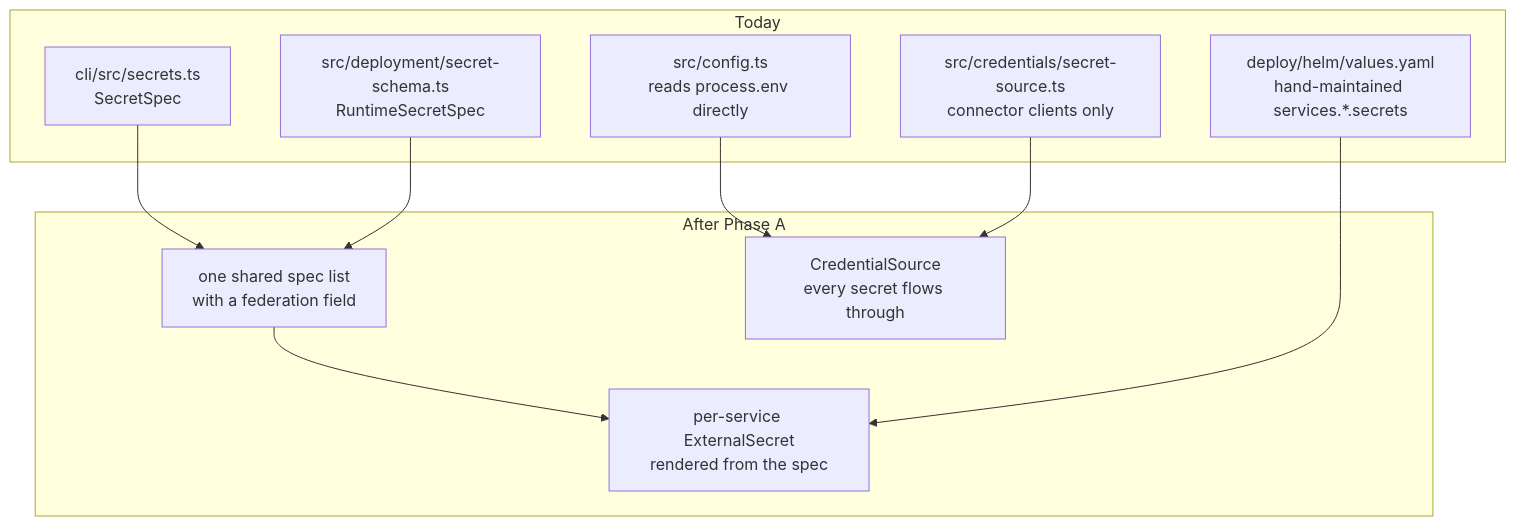
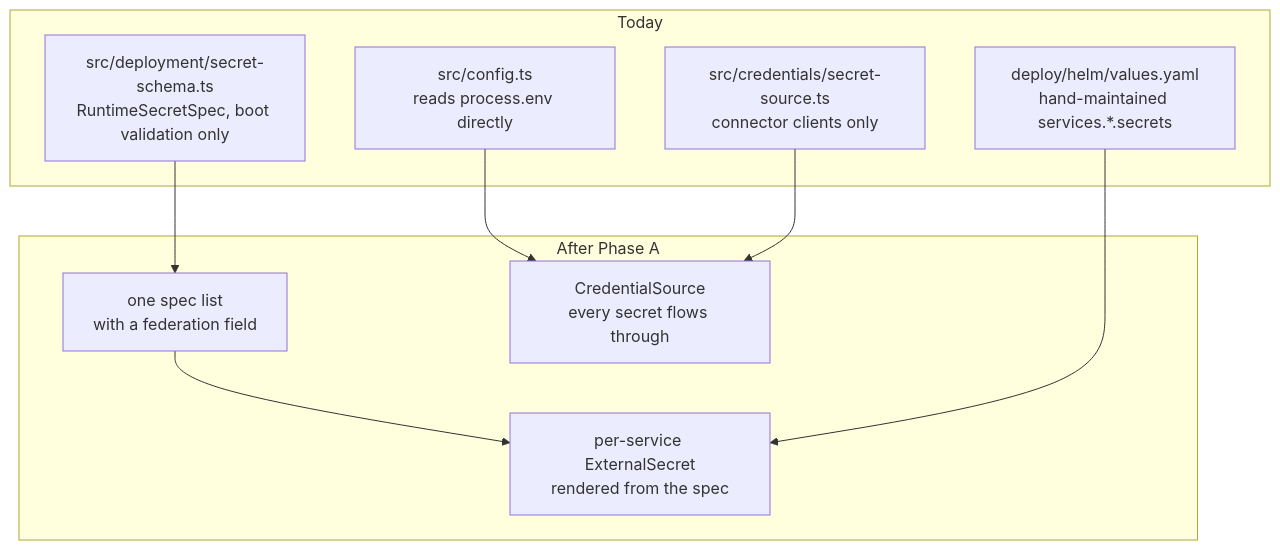
Before and after one commit to agentsky/qm: the third of 5 diagrams in docs/secretless.md, drawn with Mermaid. The commit also changed other lines of this file and 421 other files, not shown here.

First line of the commit message:
Remove the Fly, AWS, and Porter deployment paths and the qm CLI

````diff
--- a/docs/secretless.md
+++ b/docs/secretless.md
@@ -327,23 +290,21 @@
 ```mermaid
 graph TB
   subgraph Now["Today"]
-    A1["cli/src/secrets.ts<br/>SecretSpec"]
-    B1["src/deployment/secret-schema.ts<br/>RuntimeSecretSpec"]
+    B1["src/deployment/secret-schema.ts<br/>RuntimeSecretSpec, boot validation only"]
     C1["src/config.ts<br/>reads process.env directly"]
     D1["src/credentials/secret-source.ts<br/>connector clients only"]
     H1["deploy/helm/values.yaml<br/>hand-maintained services.*.secrets"]
   end
 
   subgraph After["After Phase A"]
-    A2["one shared spec list<br/>with a federation field"]
+    A2["one spec list<br/>with a federation field"]
     D2["CredentialSource<br/>every secret flows through"]
     H2["per-service ExternalSecret<br/>rendered from the spec"]
   end
 
-  A1 --> A2
   B1 --> A2
   C1 --> D2
   D1 --> D2
   A2 --> H2
   H1 --> H2
 ```
````
